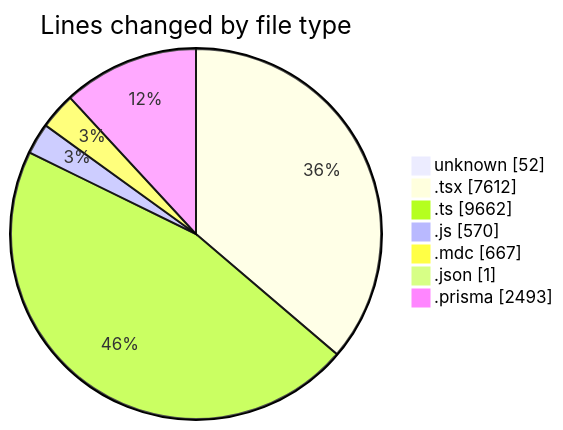
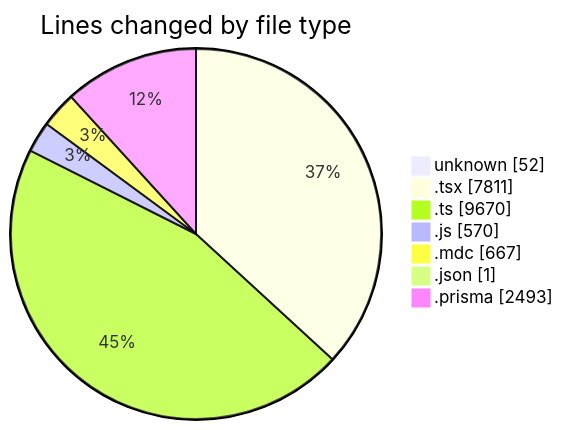
The first of 2 diagrams in 2025-06-02/ecodeli-1/README.md (CELIANVF/code-tracking), drawn with Mermaid before and after one commit. The commit also changed other lines of this file and 1 other file, not shown here.

````diff
--- a/2025-06-02/ecodeli-1/README.md
+++ b/2025-06-02/ecodeli-1/README.md
@@ -85,11 +88,11 @@
 ```mermaid
 pie showData
 title Lines changed by file type
 "unknown" : 52
-".tsx" : 7612
-".ts" : 9662
+".tsx" : 7811
+".ts" : 9670
 ".js" : 570
 ".mdc" : 667
 ".json" : 1
 ".prisma" : 2493
 ```
````
